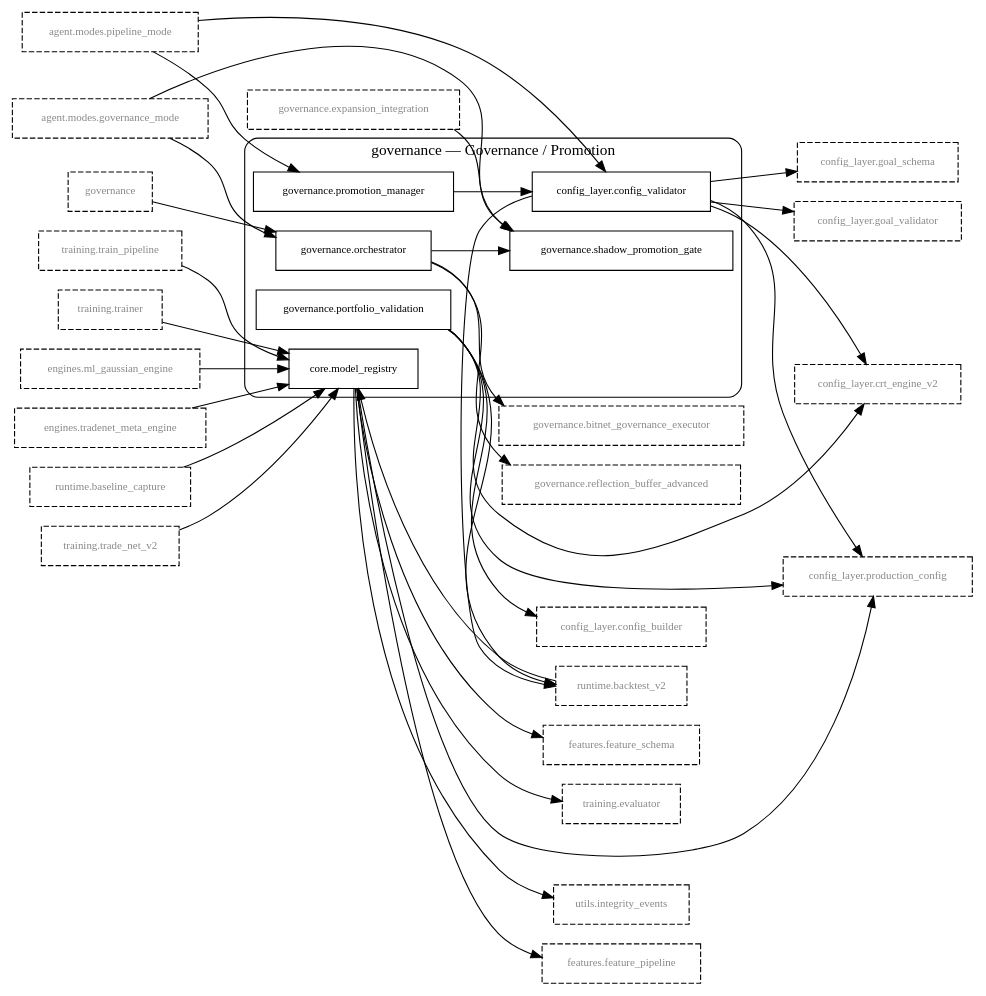
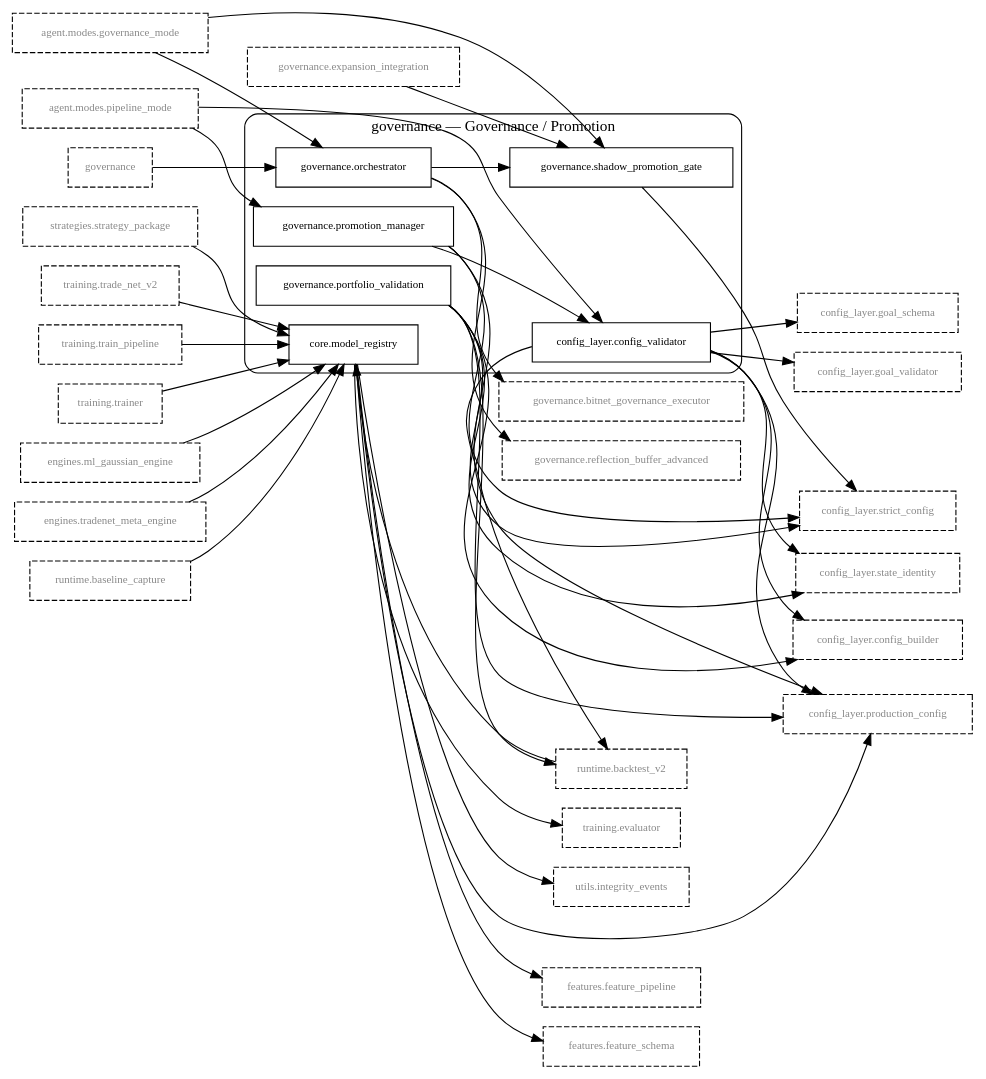
One commit to Chaithu1995-0312/TradeHlt changed the diagram in flow_graphs/governance.dot. Above: the diagram before and after it, drawn with Graphviz. The commit also changed 9 other files, not shown here.

First line of the commit message:
Regenerate flow graphs and CLI matrix; resync drifted code citations in docs [nolog]

```diff
--- a/flow_graphs/governance.dot
+++ b/flow_graphs/governance.dot
@@ -1,73 +1,81 @@
 digraph flow_governance {
     rankdir=LR;
     node [shape=box, fontsize=10];
 
     subgraph "cluster_governance" {
         label="governance — Governance / Promotion"; style="rounded";
         "config_layer.config_validator";
         "core.model_registry";
         "governance.orchestrator";
         "governance.portfolio_validation";
         "governance.promotion_manager";
         "governance.shadow_promotion_gate";
     }
 
     // 1-hop dependency boundary (not flow members)
     "agent.modes.governance_mode" [style="dashed", fontcolor="#888888"];
     "agent.modes.pipeline_mode" [style="dashed", fontcolor="#888888"];
     "config_layer.config_builder" [style="dashed", fontcolor="#888888"];
-    "config_layer.crt_engine_v2" [style="dashed", fontcolor="#888888"];
     "config_layer.goal_schema" [style="dashed", fontcolor="#888888"];
     "config_layer.goal_validator" [style="dashed", fontcolor="#888888"];
     "config_layer.production_config" [style="dashed", fontcolor="#888888"];
+    "config_layer.state_identity" [style="dashed", fontcolor="#888888"];
+    "config_layer.strict_config" [style="dashed", fontcolor="#888888"];
     "engines.ml_gaussian_engine" [style="dashed", fontcolor="#888888"];
     "engines.tradenet_meta_engine" [style="dashed", fontcolor="#888888"];
     "features.feature_pipeline" [style="dashed", fontcolor="#888888"];
     "features.feature_schema" [style="dashed", fontcolor="#888888"];
     "governance" [style="dashed", fontcolor="#888888"];
     "governance.bitnet_governance_executor" [style="dashed", fontcolor="#888888"];
     "governance.expansion_integration" [style="dashed", fontcolor="#888888"];
     "governance.reflection_buffer_advanced" [style="dashed", fontcolor="#888888"];
     "runtime.backtest_v2" [style="dashed", fontcolor="#888888"];
     "runtime.baseline_capture" [style="dashed", fontcolor="#888888"];
+    "strategies.strategy_package" [style="dashed", fontcolor="#888888"];
     "training.evaluator" [style="dashed", fontcolor="#888888"];
     "training.trade_net_v2" [style="dashed", fontcolor="#888888"];
     "training.train_pipeline" [style="dashed", fontcolor="#888888"];
     "training.trainer" [style="dashed", fontcolor="#888888"];
     "utils.integrity_events" [style="dashed", fontcolor="#888888"];
 
     // member -> member (intra-flow dependencies)
     "governance.orchestrator" -> "governance.shadow_promotion_gate";
     "governance.promotion_manager" -> "config_layer.config_validator";
 
     // boundary dependencies (one endpoint outside the flow)
     "agent.modes.governance_mode" -> "governance.orchestrator";
     "agent.modes.governance_mode" -> "governance.shadow_promotion_gate";
     "agent.modes.pipeline_mode" -> "config_layer.config_validator";
     "agent.modes.pipeline_mode" -> "governance.promotion_manager";
-    "config_layer.config_validator" -> "config_layer.crt_engine_v2";
+    "config_layer.config_validator" -> "config_layer.config_builder";
     "config_layer.config_validator" -> "config_layer.goal_schema";
     "config_layer.config_validator" -> "config_layer.goal_validator";
     "config_layer.config_validator" -> "config_layer.production_config";
+    "config_layer.config_validator" -> "config_layer.state_identity";
     "config_layer.config_validator" -> "runtime.backtest_v2";
     "core.model_registry" -> "config_layer.production_config";
     "core.model_registry" -> "features.feature_pipeline";
     "core.model_registry" -> "features.feature_schema";
     "core.model_registry" -> "training.evaluator";
     "core.model_registry" -> "utils.integrity_events";
     "engines.ml_gaussian_engine" -> "core.model_registry";
     "engines.tradenet_meta_engine" -> "core.model_registry";
     "governance" -> "governance.orchestrator";
     "governance.expansion_integration" -> "governance.shadow_promotion_gate";
     "governance.orchestrator" -> "governance.bitnet_governance_executor";
     "governance.orchestrator" -> "governance.reflection_buffer_advanced";
     "governance.portfolio_validation" -> "config_layer.config_builder";
-    "governance.portfolio_validation" -> "config_layer.crt_engine_v2";
     "governance.portfolio_validation" -> "config_layer.production_config";
+    "governance.portfolio_validation" -> "config_layer.state_identity";
+    "governance.portfolio_validation" -> "config_layer.strict_config";
     "governance.portfolio_validation" -> "runtime.backtest_v2";
+    "governance.promotion_manager" -> "config_layer.production_config";
+    "governance.promotion_manager" -> "config_layer.strict_config";
+    "governance.shadow_promotion_gate" -> "config_layer.strict_config";
     "runtime.backtest_v2" -> "core.model_registry";
     "runtime.baseline_capture" -> "core.model_registry";
+    "strategies.strategy_package" -> "core.model_registry";
     "training.trade_net_v2" -> "core.model_registry";
     "training.train_pipeline" -> "core.model_registry";
     "training.trainer" -> "core.model_registry";
 }
```
